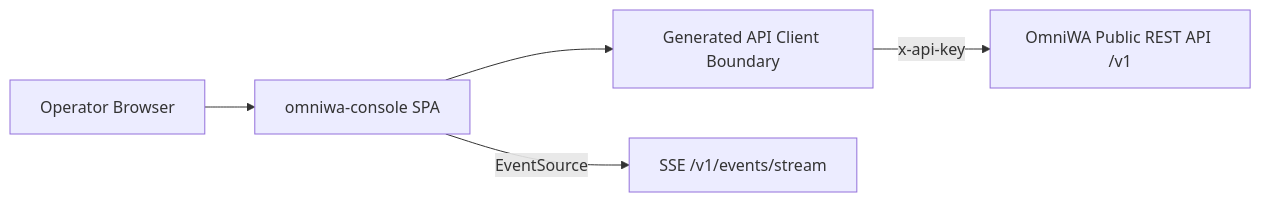
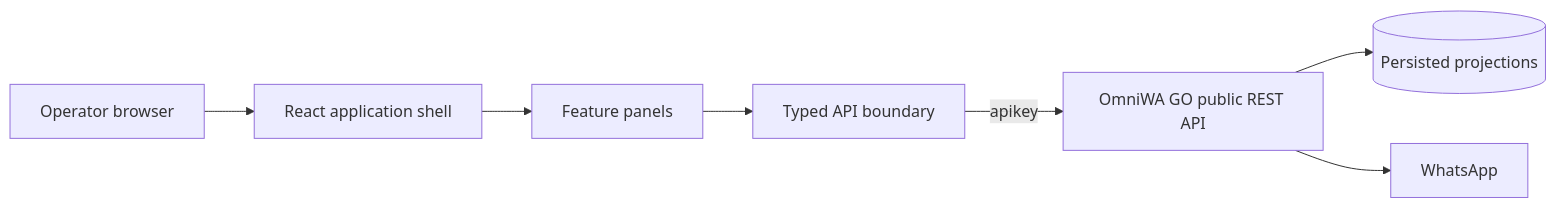
The first of 2 diagrams in docs/ARCHITECTURE.md (hiepknor/omniwa-console), drawn with Mermaid before and after one commit. The commit also changed other lines of this file and 33 other files, not shown here.

````diff
--- a/docs/ARCHITECTURE.md
+++ b/docs/ARCHITECTURE.md
@@ -43,13 +7,17 @@
 ```mermaid
 flowchart LR
-    Operator[Operator Browser]
-    Console[omniwa-console SPA]
-    Client[Generated API Client Boundary]
-    API[OmniWA Public REST API /v1]
-    SSE[SSE /v1/events/stream]
+    Operator[Operator browser]
+    Shell[React application shell]
+    Features[Feature panels]
+    API[Typed API boundary]
+    GO[OmniWA GO public REST API]
+    DB[(Persisted projections)]
+    WA[WhatsApp]
 
-    Operator --> Console
-    Console --> Client
-    Client -->|x-api-key| API
-    Console -->|EventSource| SSE
+    Operator --> Shell
+    Shell --> Features
+    Features --> API
+    API -->|apikey| GO
+    GO --> DB
+    GO --> WA
 ```
````
